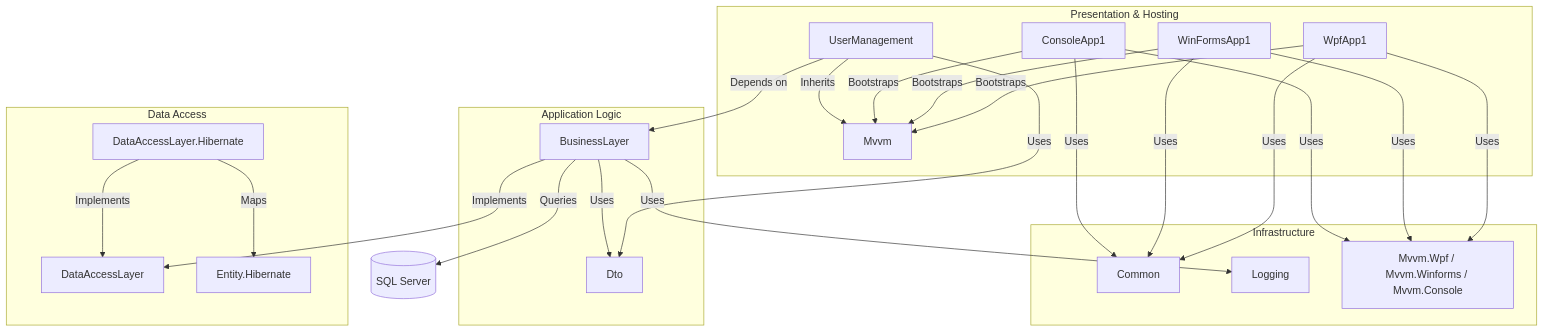
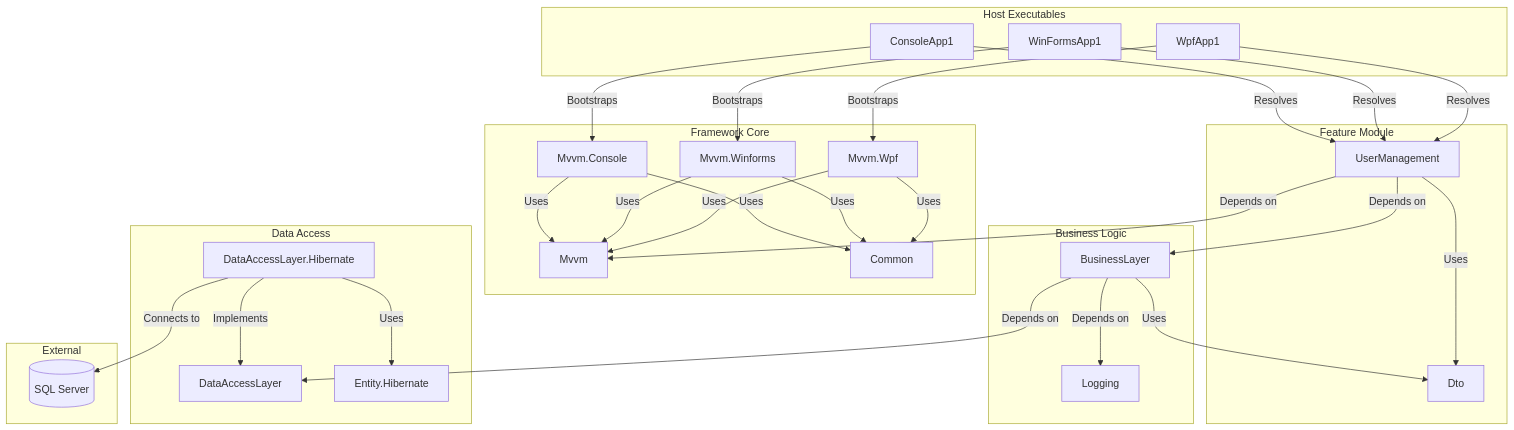
Before and after one commit to wetzlmaier-scch/mvvm: the diagram in doc/README.md, drawn with Mermaid. The commit also changed other lines of this file and 111 other files, not shown here.

````diff
--- a/doc/README.md
+++ b/doc/README.md
@@ -21,52 +21,63 @@
 ```mermaid
 flowchart TD
-    subgraph "Presentation & Hosting"
-        WpfApp[WpfApp1]
-        WinFormsApp[WinFormsApp1]
-        ConsoleApp[ConsoleApp1]
-        UserMgmt[UserManagement]
-        MvvmCore[Mvvm]
+    subgraph "Host Executables"
+        WPF[WpfApp1]
+        WinForms[WinFormsApp1]
+        Console[ConsoleApp1]
     end
 
-    subgraph "Application Logic"
+    subgraph "Framework Core"
+        MvvmCore[Mvvm]
+        CommonLib[Common]
+        MvvmWpf[Mvvm.Wpf]
+        MvvmWinforms[Mvvm.Winforms]
+        MvvmConsole[Mvvm.Console]
+    end
+
+    subgraph "Feature Module"
+        UserMgmt[UserManagement]
+        DtoLib[Dto]
+    end
+
+    subgraph "Business Logic"
         BizLayer[BusinessLayer]
-        Dto[Dto]
+        LoggingLib[Logging]
     end
 
     subgraph "Data Access"
-        DataAccess[DataAccessLayer]
-        HibImpl[DataAccessLayer.Hibernate]
-        EntityHib[Entity.Hibernate]
+        DALContracts[DataAccessLayer]
+        DALHibernate[DataAccessLayer.Hibernate]
+        Entities[Entity.Hibernate]
     end
 
-    subgraph "Infrastructure"
-        Common[Common]
-        Logging[Logging]
-        MvvmAdapters[Mvvm.Wpf / Mvvm.Winforms / Mvvm.Console]
+    subgraph "External"
+        DB[(SQL Server)]
     end
 
-    WpfApp -->|Bootstraps| MvvmCore
-    WinFormsApp -->|Bootstraps| MvvmCore
-    ConsoleApp -->|Bootstraps| MvvmCore
-    
+    WPF -->|Bootstraps| MvvmWpf
+    WinForms -->|Bootstraps| MvvmWinforms
+    Console -->|Bootstraps| MvvmConsole
+
+    MvvmWpf -->|Uses| MvvmCore
+    MvvmWinforms -->|Uses| MvvmCore
+    MvvmConsole -->|Uses| MvvmCore
+    MvvmWpf -->|Uses| CommonLib
+    MvvmWinforms -->|Uses| CommonLib
+    MvvmConsole -->|Uses| CommonLib
+
+    WPF -->|Resolves| UserMgmt
+    WinForms -->|Resolves| UserMgmt
+    Console -->|Resolves| UserMgmt
+
+    UserMgmt -->|Depends on| MvvmCore
+    UserMgmt -->|Uses| DtoLib
     UserMgmt -->|Depends on| BizLayer
-    UserMgmt -->|Inherits| MvvmCore
-    UserMgmt -->|Uses| Dto
-    
-    BizLayer -->|Implements| DataAccess
-    BizLayer -->|Uses| Logging
-    BizLayer -->|Uses| Dto
-    
-    HibImpl -->|Implements| DataAccess
-    HibImpl -->|Maps| EntityHib
-    
-    WpfApp -->|Uses| MvvmAdapters
-    WinFormsApp -->|Uses| MvvmAdapters
-    ConsoleApp -->|Uses| MvvmAdapters
-    
-    WpfApp -->|Uses| Common
-    WinFormsApp -->|Uses| Common
-    ConsoleApp -->|Uses| Common
 
-    BizLayer -->|Queries| SQL[(SQL Server)]
+    BizLayer -->|Depends on| DALContracts
+    BizLayer -->|Depends on| LoggingLib
+    BizLayer -->|Uses| DtoLib
+
+    DALHibernate -->|Implements| DALContracts
+    DALHibernate -->|Uses| Entities
+    DALHibernate -->|Connects to| DB
 ```
````
